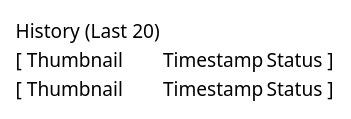
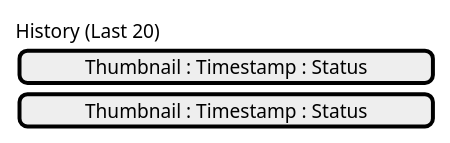
The diagram in docs/Wireframes/ui-history.puml (SP-SDU/Tolksyn), drawn with PlantUML before and after one commit. The commit also changed 16 other files, not shown here.

```diff
--- a/docs/Wireframes/ui-history.puml
+++ b/docs/Wireframes/ui-history.puml
@@ -1,8 +1,7 @@
-@startuml UI History Screen
-salt
+@startsalt UI History Screen
 {
   History (Last 20)
-  [ Thumbnail | Timestamp | Status ]
-  [ Thumbnail | Timestamp | Status ]
+  [ Thumbnail : Timestamp : Status ]
+  [ Thumbnail : Timestamp : Status ]
 }
-@enduml
+@endsalt
```
